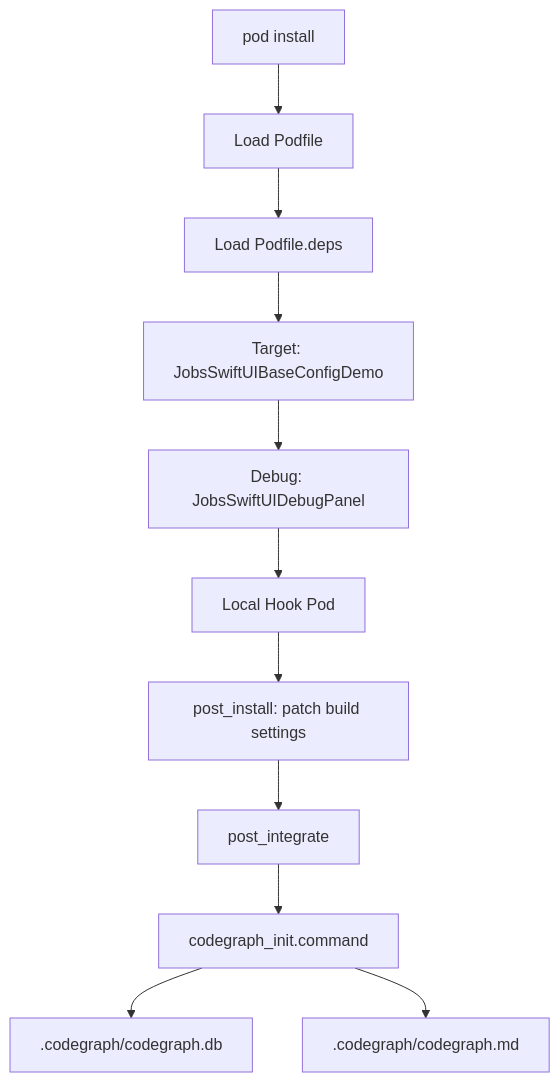
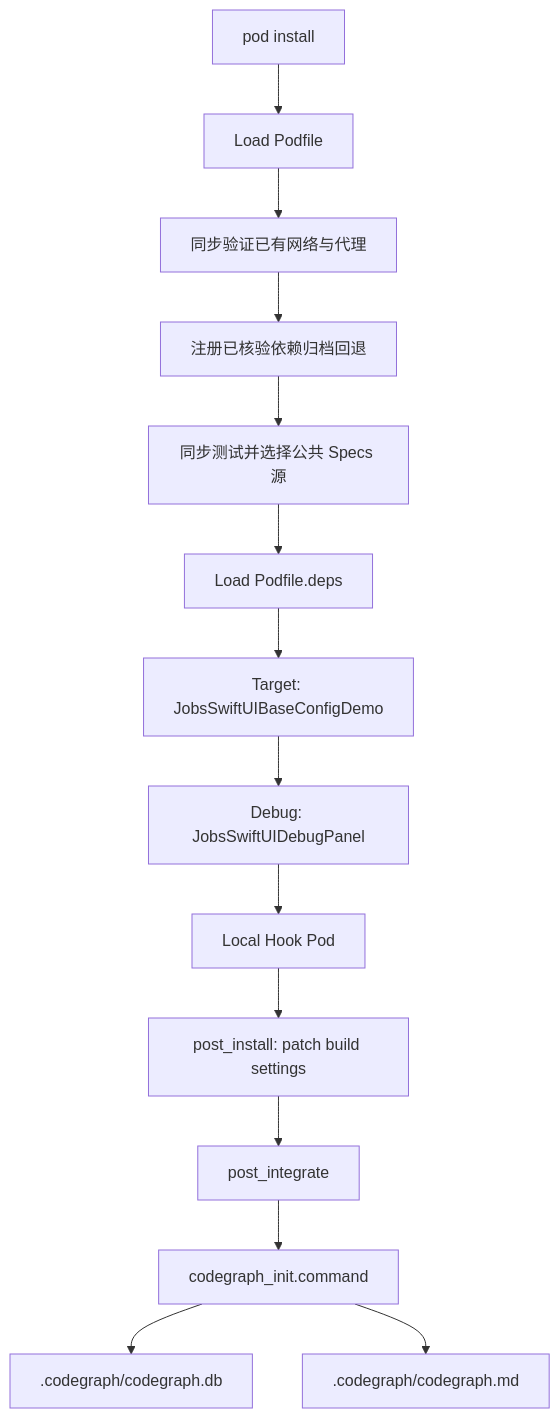
The second of 2 diagrams in README.md (JobsKits/JobsSwiftUIBaseConfigDemo), drawn with Mermaid before and after one commit. The commit also changed other lines of this file and 15 other files, not shown here.

````diff
--- a/README.md
+++ b/README.md
@@ -225,13 +247,16 @@
 ```mermaid
 flowchart TD
     A["pod install"] --> B["Load Podfile"]
-    B --> C["Load Podfile.deps"]
+    B --> N["同步验证已有网络与代理"]
+    N --> R["注册已核验依赖归档回退"]
+    R --> S["同步测试并选择公共 Specs 源"]
+    S --> C["Load Podfile.deps"]
     C --> D["Target: JobsSwiftUIBaseConfigDemo"]
     D --> E["Debug: JobsSwiftUIDebugPanel"]
     E --> F["Local Hook Pod"]
     F --> G["post_install: patch build settings"]
     G --> H["post_integrate"]
     H --> I["codegraph_init.command"]
     I --> J[".codegraph/codegraph.db"]
     I --> K[".codegraph/codegraph.md"]
 ```
````
